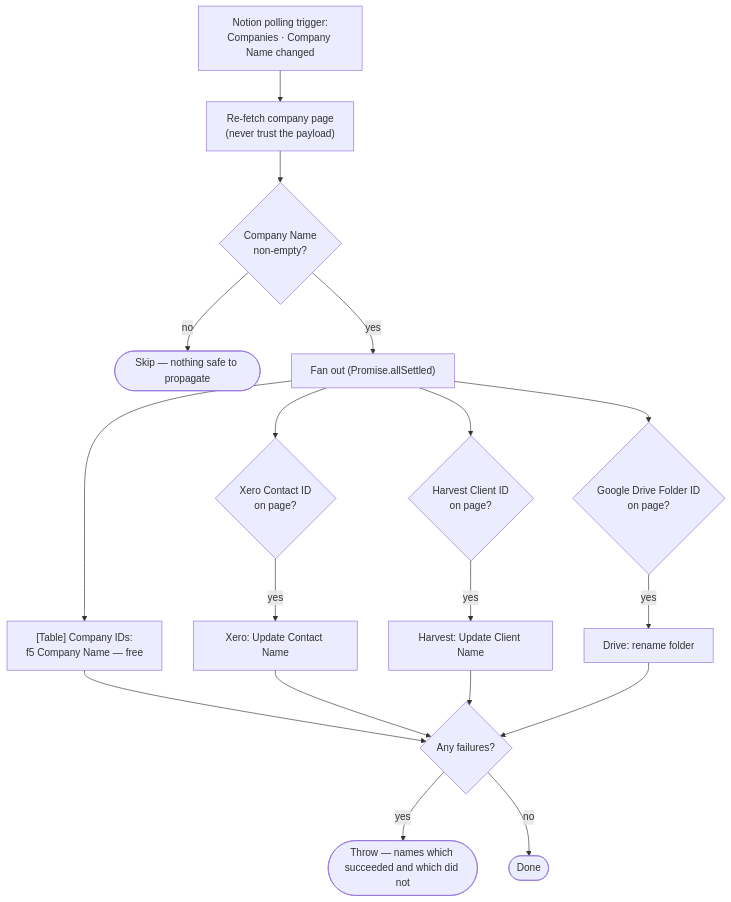
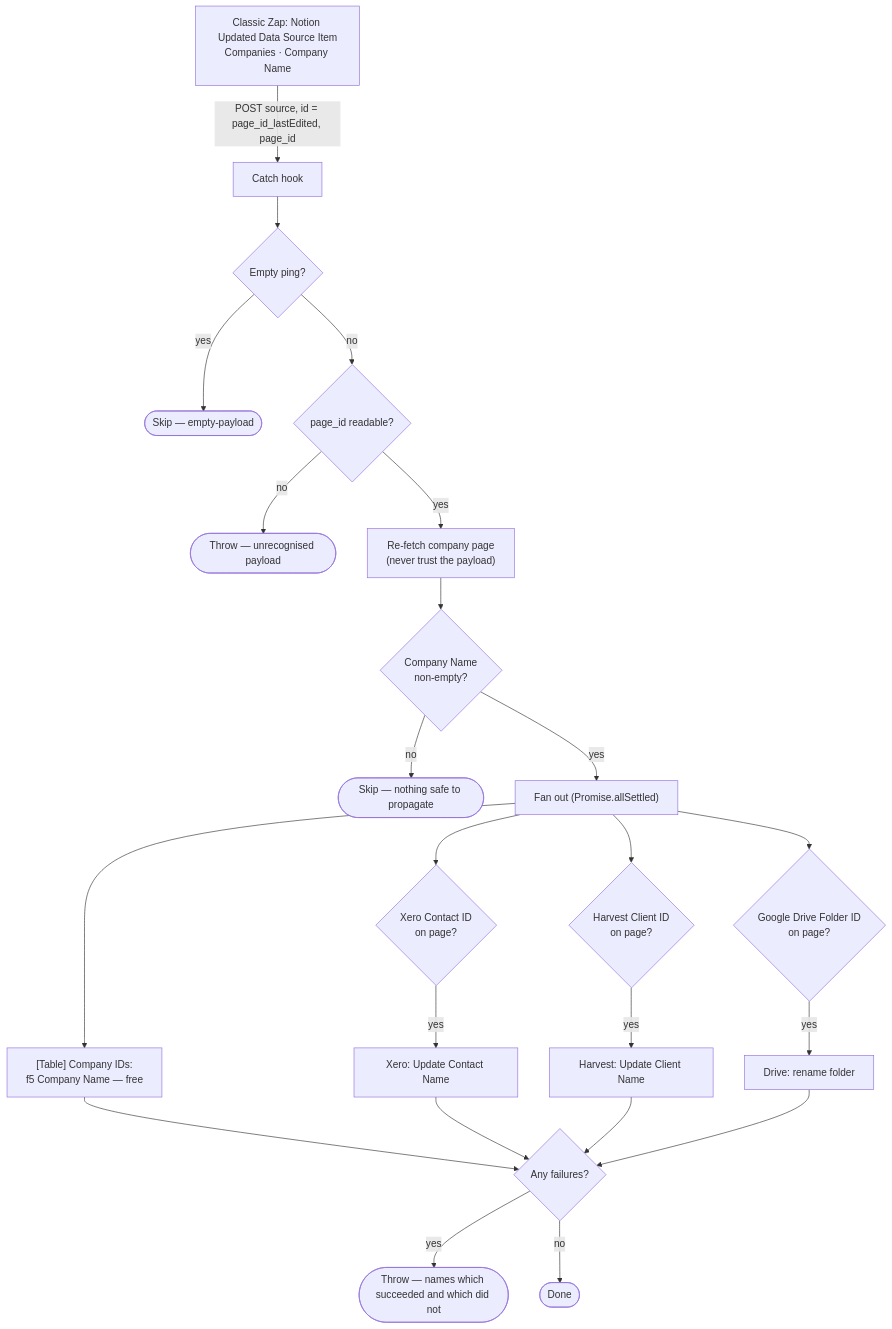
The diagram in notion-company-renamed-to-xero-harvest-drive/README.md (work-flowers/zapier-sdk), drawn with Mermaid before and after one commit. The commit also changed other lines of this file and 7 other files, not shown here.

First line of the commit message:
Route meeting-note and company-rename durables through classic hand-off Zaps

````diff
--- a/notion-company-renamed-to-xero-harvest-drive/README.md
+++ b/notion-company-renamed-to-xero-harvest-drive/README.md
@@ -20,20 +22,25 @@
 ```mermaid
 flowchart TD
-    A["Notion polling trigger:<br/>Companies · Company Name changed"] --> B["Re-fetch company page<br/>(never trust the payload)"]
+    N["Classic Zap: Notion Updated Data Source Item<br/>Companies · Company Name"] -- "POST source, id = page_id_lastEdited, page_id" --> A["Catch hook"]
+    A --> P{"Empty ping?"}
+    P -- yes --> S0(["Skip — empty-payload"])
+    P -- no --> Q{"page_id readable?"}
+    Q -- no --> E0(["Throw — unrecognised payload"])
+    Q -- yes --> B["Re-fetch company page<br/>(never trust the payload)"]
     B --> C{"Company Name<br/>non-empty?"}
     C -- no --> S1(["Skip — nothing safe to propagate"])
     C -- yes --> D["Fan out (Promise.allSettled)"]
     D --> T["[Table] Company IDs:<br/>f5 Company Name — free"]
     D --> X{"Xero Contact ID<br/>on page?"}
     X -- yes --> X1["Xero: Update Contact Name"]
     D --> H{"Harvest Client ID<br/>on page?"}
     H -- yes --> H1["Harvest: Update Client Name"]
     D --> G{"Google Drive Folder ID<br/>on page?"}
     G -- yes --> G1["Drive: rename folder"]
     T --> Z{"Any failures?"}
     X1 --> Z
     H1 --> Z
     G1 --> Z
     Z -- yes --> E1(["Throw — names which succeeded and which did not"])
     Z -- no --> OK(["Done"])
 ```
````
